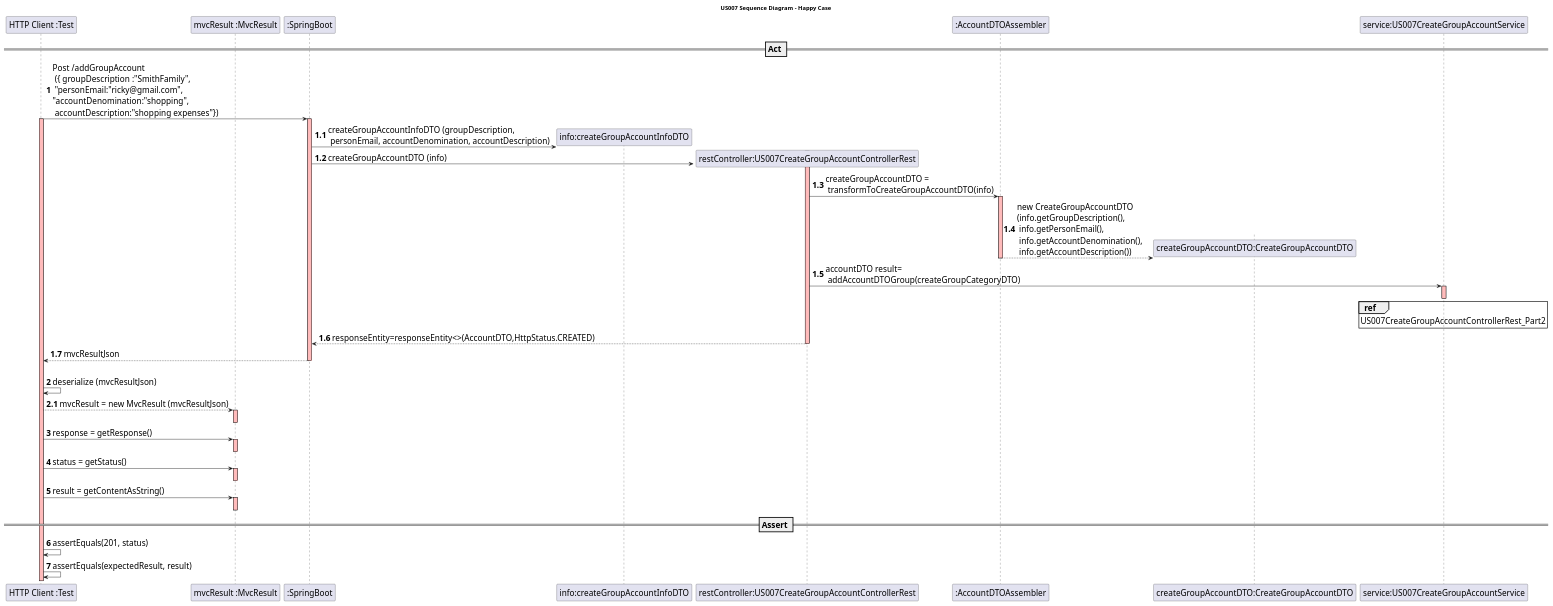
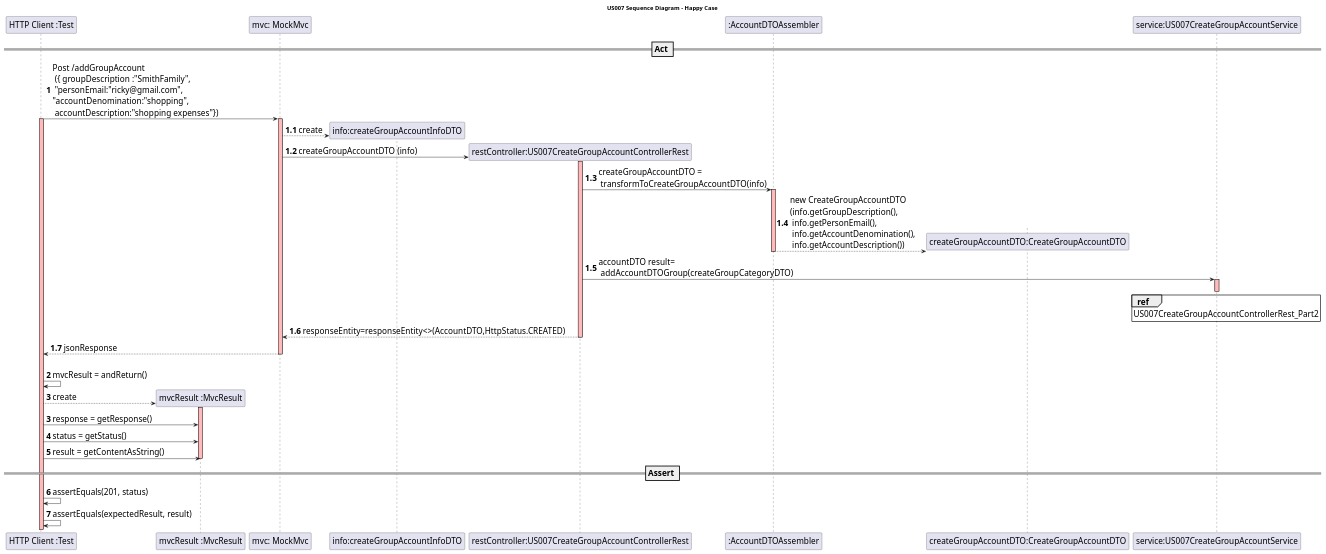
One commit to mleitaoribeiro/DevOpsMaven changed the diagram in src/main/java/switch2019/project/controllerLayer/controllersRest/US007CreateGroupAccountControllerRest_Part1.puml. Above: the diagram before and after it, drawn with PlantUML. The commit also changed 1 other file, not shown here.

Commit message:
ref #843 - more changes to the sequence diagrams

```diff
--- a/src/main/java/switch2019/project/controllerLayer/controllersRest/US007CreateGroupAccountControllerRest_Part1.puml
+++ b/src/main/java/switch2019/project/controllerLayer/controllersRest/US007CreateGroupAccountControllerRest_Part1.puml
@@ -1,83 +1,77 @@
 @startuml
 skinparam DefaultFontSize 20
 title US007 Sequence Diagram - Happy Case
 
 participant "HTTP Client :Test"
 participant "mvcResult :MvcResult"
 
-participant ":SpringBoot"
+participant "mvc: MockMvc"
 
 == Act ==
 
 
 autonumber
-"HTTP Client :Test" -> ":SpringBoot" :Post /addGroupAccount \n ({ groupDescription :"SmithFamily",\n "personEmail:"ricky@gmail.com",\n"accountDenomination:"shopping", \n accountDescription:"shopping expenses"})
-activate ":SpringBoot" #FFBBBB
+"HTTP Client :Test" -> "mvc: MockMvc" :Post /addGroupAccount \n ({ groupDescription :"SmithFamily",\n "personEmail:"ricky@gmail.com",\n"accountDenomination:"shopping", \n accountDescription:"shopping expenses"})
+activate "mvc: MockMvc" #FFBBBB
 
 activate "HTTP Client :Test" #FFBBBB
 
 autonumber 1.1
 create "info:createGroupAccountInfoDTO"
 
-":SpringBoot"->"info:createGroupAccountInfoDTO":createGroupAccountInfoDTO (groupDescription,\n personEmail, accountDenomination, accountDescription)
-activate "restController:US007CreateGroupAccountControllerRest" #FFBBBB
+"mvc: MockMvc"-->"info:createGroupAccountInfoDTO" : create
 
 create "restController:US007CreateGroupAccountControllerRest"
-":SpringBoot"-> "restController:US007CreateGroupAccountControllerRest": createGroupAccountDTO (info)
+"mvc: MockMvc"-> "restController:US007CreateGroupAccountControllerRest": createGroupAccountDTO (info)
+activate "restController:US007CreateGroupAccountControllerRest" #FFBBBB
 
 "restController:US007CreateGroupAccountControllerRest"-> ":AccountDTOAssembler":createGroupAccountDTO =\n transformToCreateGroupAccountDTO(info)
 activate ":AccountDTOAssembler" #FFBBBB
 
 create "createGroupAccountDTO:CreateGroupAccountDTO"
 ":AccountDTOAssembler"-->"createGroupAccountDTO:CreateGroupAccountDTO":new CreateGroupAccountDTO\n(info.getGroupDescription(),\n info.getPersonEmail(),\n info.getAccountDenomination(), \n info.getAccountDescription())
 deactivate ":AccountDTOAssembler"
 
 "restController:US007CreateGroupAccountControllerRest"->"service:US007CreateGroupAccountService":accountDTO result= \n addAccountDTOGroup(createGroupCategoryDTO)
 activate "service:US007CreateGroupAccountService" #FFBBBB
 deactivate "service:US007CreateGroupAccountService" #FFBBBB
 
 ref over "service:US007CreateGroupAccountService": US007CreateGroupAccountControllerRest_Part2
 
-"restController:US007CreateGroupAccountControllerRest"--> ":SpringBoot":responseEntity=responseEntity<>(AccountDTO,HttpStatus.CREATED)
+"restController:US007CreateGroupAccountControllerRest"--> "mvc: MockMvc":responseEntity=responseEntity<>(AccountDTO,HttpStatus.CREATED)
 deactivate "restController:US007CreateGroupAccountControllerRest"
 
-"HTTP Client :Test" <-- ":SpringBoot" : mvcResultJson
-deactivate ":SpringBoot"
+"HTTP Client :Test" <-- "mvc: MockMvc" : jsonResponse
+deactivate "mvc: MockMvc"
 
 autonumber 2
 |||
-"HTTP Client :Test" -> "HTTP Client :Test" : deserialize (mvcResultJson)
+"HTTP Client :Test" -> "HTTP Client :Test" : mvcResult = andReturn()
 
+create "mvcResult :MvcResult"
 
-autonumber 2.1
-
-"HTTP Client :Test" --> "mvcResult :MvcResult" : mvcResult = new MvcResult (mvcResultJson)
-
+"HTTP Client :Test" --> "mvcResult :MvcResult": create
 activate "mvcResult :MvcResult" #FFBBBB
-deactivate "mvcResult :MvcResult" #FFBBBB
-
 autonumber 3
 "HTTP Client :Test" -> "mvcResult :MvcResult" : response = getResponse()
 
-activate "mvcResult :MvcResult" #FFBBBB
-deactivate "mvcResult :MvcResult" #FFBBBB
 
 autonumber 4
 "HTTP Client :Test" -> "mvcResult :MvcResult" : status = getStatus()
-activate "mvcResult :MvcResult" #FFBBBB
-deactivate "mvcResult :MvcResult" #FFBBBB
+
+
 
 "HTTP Client :Test" -> "mvcResult :MvcResult" : result = getContentAsString()
-activate "mvcResult :MvcResult" #FFBBBB
+
 deactivate "mvcResult :MvcResult" #FFBBBB
 
 == Assert ==
 
 "HTTP Client :Test" -> "HTTP Client :Test" : assertEquals(201, status)
 "HTTP Client :Test" -> "HTTP Client :Test" : assertEquals(expectedResult, result)
 
-deactivate ":SpringBoot"
+deactivate "mvc: MockMvc"
 deactivate "service:US007CreateGroupAccountService"
 deactivate "restController:US007CreateGroupAccountControllerRest"
 
 @enduml
```
